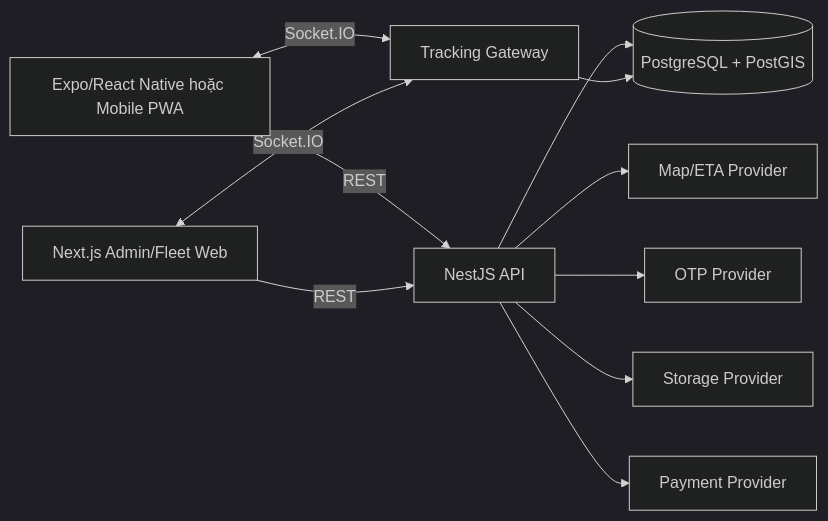
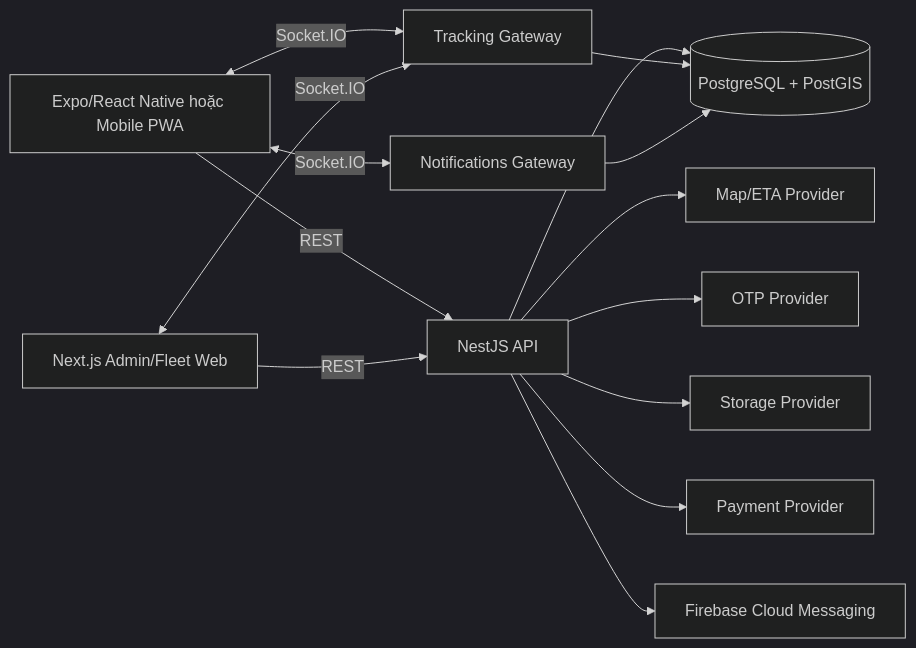
The diagram in docs/architecture/01-system-architecture.md (truongcongtu318/leopard), drawn with Mermaid (dark theme) before and after one commit. The commit also changed other lines of this file and 6 other files, not shown here.

First line of the commit message:
docs(notifications): document REST/data/architecture/UI for shipped notifications; add FCM_ENABLED to env schema

````diff
--- a/docs/architecture/01-system-architecture.md
+++ b/docs/architecture/01-system-architecture.md
@@ -5,13 +5,16 @@
 ```mermaid
 flowchart LR
   Mobile[Expo/React Native hoặc Mobile PWA] -->|REST| API[NestJS API]
   OpsWeb[Next.js Admin/Fleet Web] -->|REST| API
   Mobile <-->|Socket.IO| RT[Tracking Gateway]
+  Mobile <-->|Socket.IO| NG[Notifications Gateway]
   OpsWeb <-->|Socket.IO| RT
   API --> DB[(PostgreSQL + PostGIS)]
   RT --> DB
+  NG --> DB
   API --> MAP[Map/ETA Provider]
   API --> OTP[OTP Provider]
   API --> STORE[Storage Provider]
   API --> PAY[Payment Provider]
+  API --> FCM[Firebase Cloud Messaging]
 ```
````
